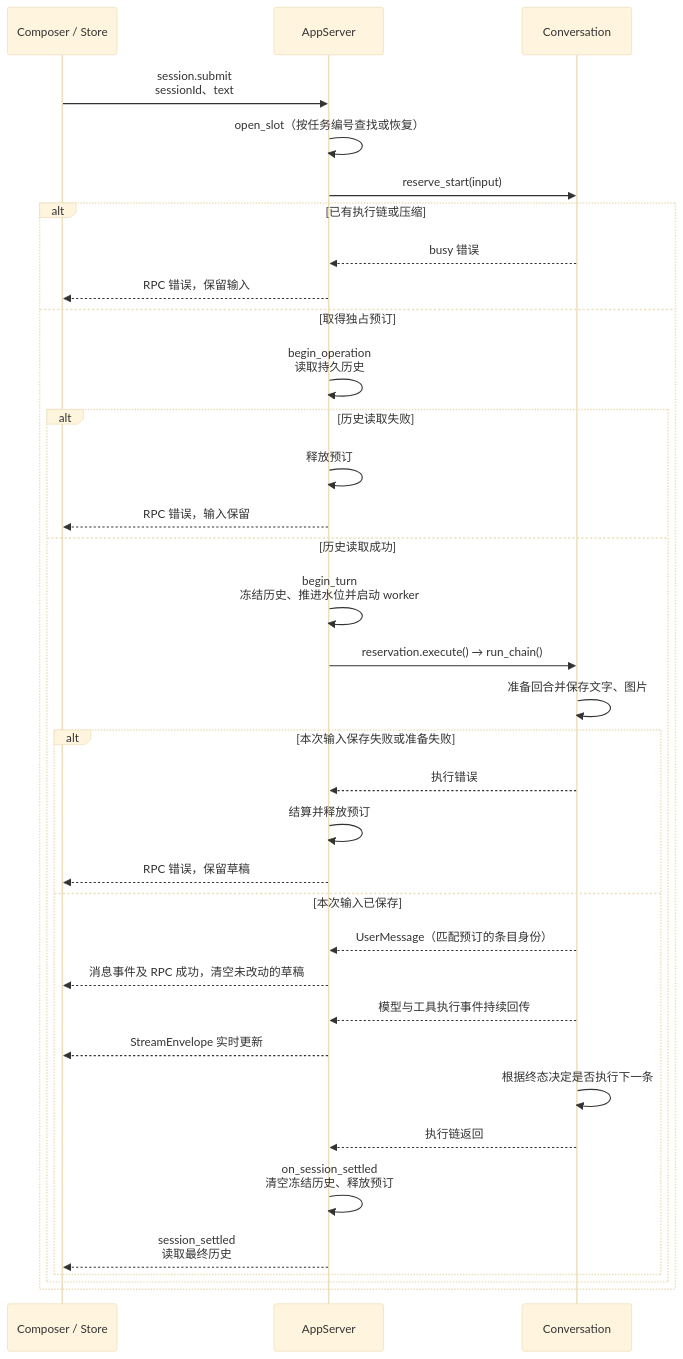
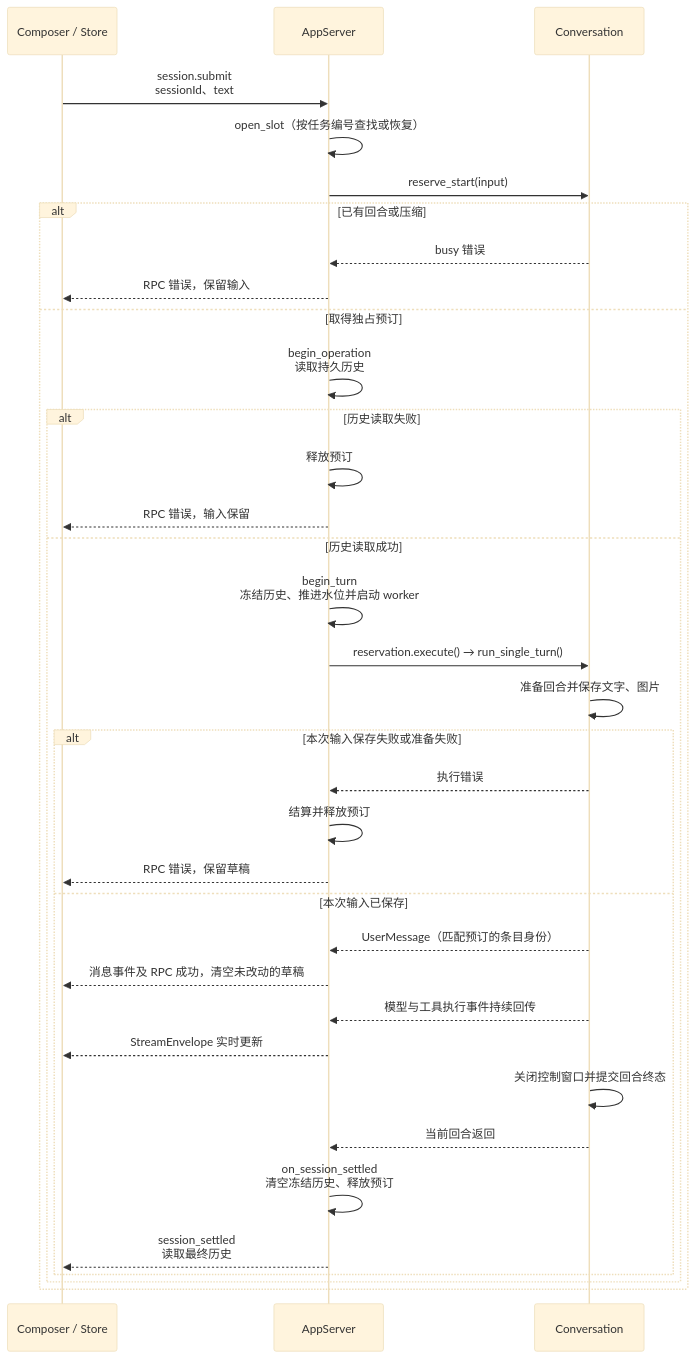
Before and after one commit to qjcnmd/singularity-agent: diagram 11 of 28 in docs/architecture.md, drawn with Mermaid (base theme). The commit also changed other lines of this file and 38 other files, not shown here.

````diff
--- a/docs/architecture.md
+++ b/docs/architecture.md
@@ -320,37 +320,37 @@
 ```mermaid
 sequenceDiagram
     participant UI as Composer / Store
     participant WB as AppServer
     participant Conv as Conversation
     UI->>WB: session.submit<br/>sessionId、text
     WB->>WB: open_slot（按任务编号查找或恢复）
     WB->>Conv: reserve_start(input)
-    alt 已有执行链或压缩
+    alt 已有回合或压缩
         Conv-->>WB: busy 错误
         WB-->>UI: RPC 错误，保留输入
     else 取得独占预订
         WB->>WB: begin_operation<br/>读取持久历史
         alt 历史读取失败
             WB->>WB: 释放预订
             WB-->>UI: RPC 错误，输入保留
         else 历史读取成功
             WB->>WB: begin_turn<br/>冻结历史、推进水位并启动 worker
-            WB->>Conv: reservation.execute() → run_chain()
+            WB->>Conv: reservation.execute() → run_single_turn()
             Conv->>Conv: 准备回合并保存文字、图片
             alt 本次输入保存失败或准备失败
                 Conv-->>WB: 执行错误
                 WB->>WB: 结算并释放预订
                 WB-->>UI: RPC 错误，保留草稿
             else 本次输入已保存
                 Conv-->>WB: UserMessage（匹配预订的条目身份）
                 WB-->>UI: 消息事件及 RPC 成功，清空未改动的草稿
                 Conv-->>WB: 模型与工具执行事件持续回传
                 WB-->>UI: StreamEnvelope 实时更新
-                Conv->>Conv: 根据终态决定是否执行下一条
-                Conv-->>WB: 执行链返回
+                Conv->>Conv: 关闭控制窗口并提交回合终态
+                Conv-->>WB: 当前回合返回
                 WB->>WB: on_session_settled<br/>清空冻结历史、释放预订
                 WB-->>UI: session_settled<br/>读取最终历史
             end
         end
     end
 ```
````
